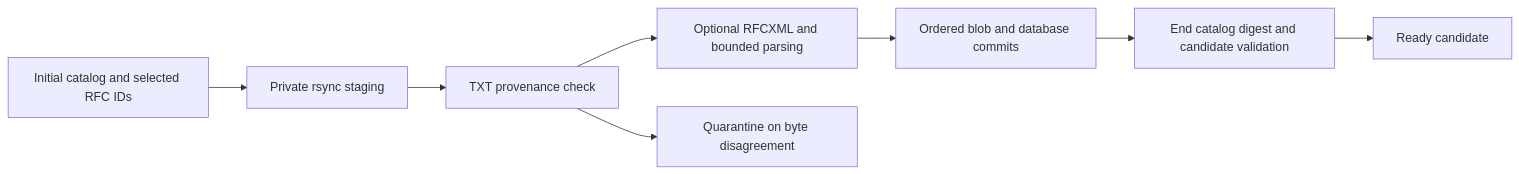
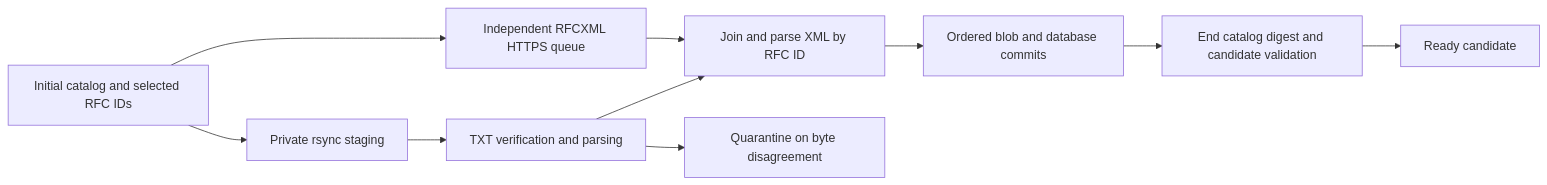
Before and after one commit to PublicData-stream/rfc-mcp-docker: the first of 2 diagrams in docs/ingestion.md, drawn with Mermaid. The commit also changed other lines of this file and 11 other files, not shown here.

Commit message:
feat(sync): queue RFCXML independently of TXT

````diff
--- a/docs/ingestion.md
+++ b/docs/ingestion.md
@@ -44,10 +45,12 @@
 ```mermaid
 flowchart LR
     A[Initial catalog and selected RFC IDs] --> B[Private rsync staging]
-    B --> C[TXT provenance check]
-    C --> D[Optional RFCXML and bounded parsing]
-    D --> E[Ordered blob and database commits]
+    B --> C[TXT verification and parsing]
+    A --> D[Independent RFCXML HTTPS queue]
+    C --> J[Join and parse XML by RFC ID]
+    D --> J
+    J --> E[Ordered blob and database commits]
     E --> F[End catalog digest and candidate validation]
     F --> G[Ready candidate]
     C --> H[Quarantine on byte disagreement]
 ```
````
